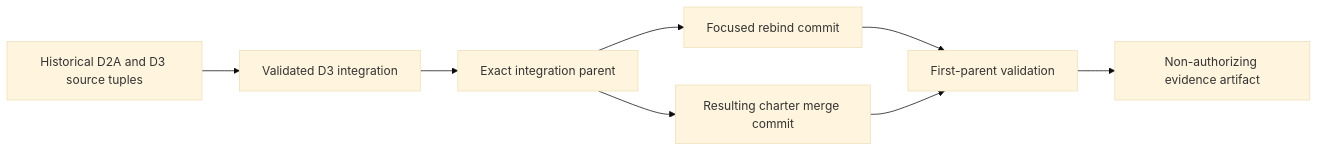
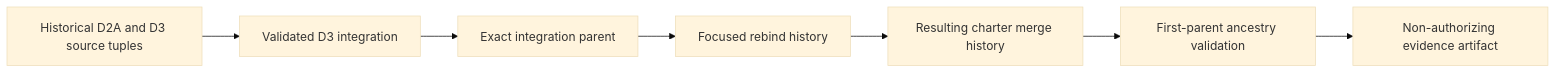
One commit to aevespers2/ALISTAIRE- changed the diagram in docs/decision-source-generation-rebind.md. Above: the diagram before and after it, drawn with Mermaid (base theme). The commit also changed other lines of this file, not shown here.

Commit message:
docs: clarify first-parent ancestry rebind

````diff
--- a/docs/decision-source-generation-rebind.md
+++ b/docs/decision-source-generation-rebind.md
@@ -27,10 +27,9 @@
 ```mermaid
 flowchart LR
     A[Historical D2A and D3 source tuples] --> B[Validated D3 integration]
     B --> C[Exact integration parent]
-    C --> D[Focused rebind commit]
-    C --> E[Resulting charter merge commit]
-    D --> F[First-parent validation]
-    E --> F
+    C --> D[Focused rebind history]
+    D --> E[Resulting charter merge history]
+    E --> F[First-parent ancestry validation]
     F --> G[Non-authorizing evidence artifact]
 ```
````
